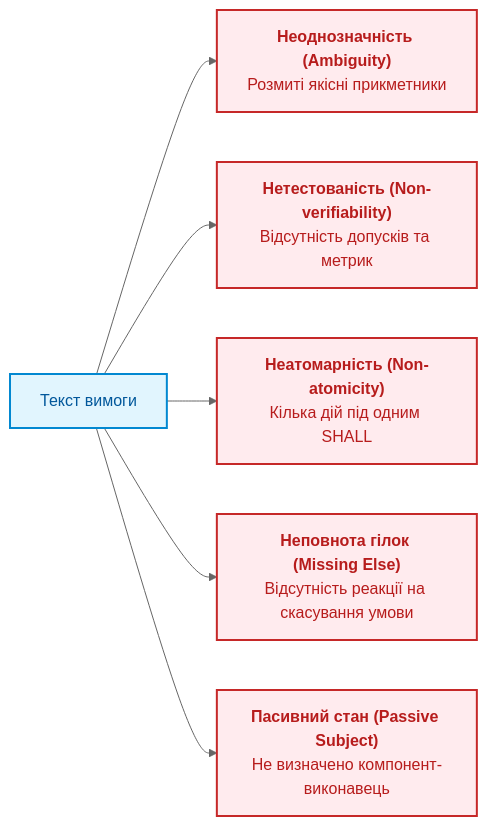
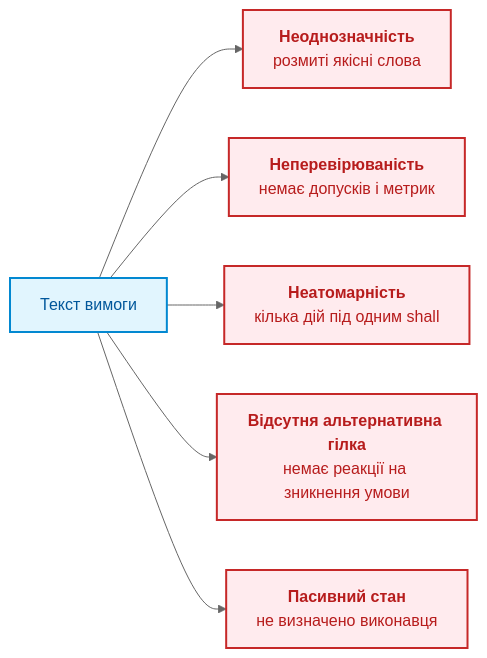
The third of 4 diagrams in ExpertSystem/ch14-requirements-detection-and-formalization.md (nick-fedchik/articles), drawn with Mermaid (neutral theme) before and after one commit. The commit also changed other lines of this file, not shown here.

````diff
--- a/ExpertSystem/ch14-requirements-detection-and-formalization.md
+++ b/ExpertSystem/ch14-requirements-detection-and-formalization.md
@@ -248,17 +206,17 @@
 ```mermaid
 flowchart LR
     accTitle: Категорії дефектів вимог
-    accDescr: Дерево типів дефектів інженерних вимог: неоднозначність, нетестованість, неатомарність, пасивний стан і неповні гілки.
+    accDescr: Текст вимоги перевіряють на п'ять типів дефектів: неоднозначність, неперевірюваність, неатомарність, відсутню альтернативну гілку та пасивний стан без виконавця.
 
-    Text["Текст вимоги"] --> Amb["<b>Неоднозначність (Ambiguity)</b><br/>Розмиті якісні прикметники"]
-    Text --> NonTest["<b>Нетестованість (Non-verifiability)</b><br/>Відсутність допусків та метрик"]
-    Text --> NonAtom["<b>Неатомарність (Non-atomicity)</b><br/>Кілька дій під одним SHALL"]
-    Text --> MissingElse["<b>Неповнота гілок (Missing Else)</b><br/>Відсутність реакції на скасування умови"]
-    Text --> Passive["<b>Пасивний стан (Passive Subject)</b><br/>Не визначено компонент-виконавець"]
+    Text["Текст вимоги"] --> Amb["<b>Неоднозначність</b><br/>розмиті якісні слова"]
+    Text --> NonTest["<b>Неперевірюваність</b><br/>немає допусків і метрик"]
+    Text --> NonAtom["<b>Неатомарність</b><br/>кілька дій під одним shall"]
+    Text --> MissingElse["<b>Відсутня альтернативна гілка</b><br/>немає реакції на зникнення умови"]
+    Text --> Passive["<b>Пасивний стан</b><br/>не визначено виконавця"]
 
     classDef root fill:#e1f5fe,stroke:#0288d1,stroke-width:2px,color:#01579b;
     classDef smell fill:#ffebee,stroke:#c62828,stroke-width:2px,color:#b71c1c;
 
     class Text root;
     class Amb,NonTest,NonAtom,MissingElse,Passive smell;
 ```
````
